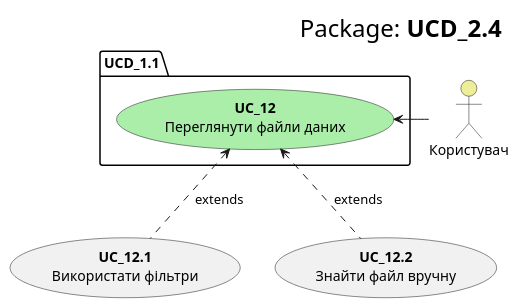
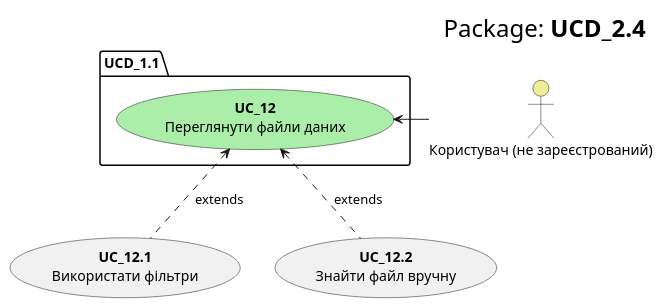
Before and after one commit to KarmazinN/db_open_data: the diagram in src/uml/usecase27.puml, drawn with PlantUML.

```diff
--- a/src/uml/usecase27.puml
+++ b/src/uml/usecase27.puml
@@ -1,19 +1,19 @@
 @startuml
     right header
         <font size=24 color=black>Package:<b> UCD_2.4
     end header
 
     package UCD_1.1 {
         usecase "<b>UC_12</b>\nПереглянути файли даних" as UC_12 #aaeeaa
     }
     
-    actor "Користувач" as User #eeee99
+    actor "Користувач (не зареєстрований)" as User #eeee99
     User -l-> UC_12
     
     usecase "<b>UC_12.1</b>\nВикористати фільтри" as UC_12.1
     usecase "<b>UC_12.2</b>\nЗнайти файл вручну" as UC_12.2
 
     
     UC_12.1 .u.> UC_12: extends
     UC_12.2 .u.> UC_12: extends
 @enduml
```
